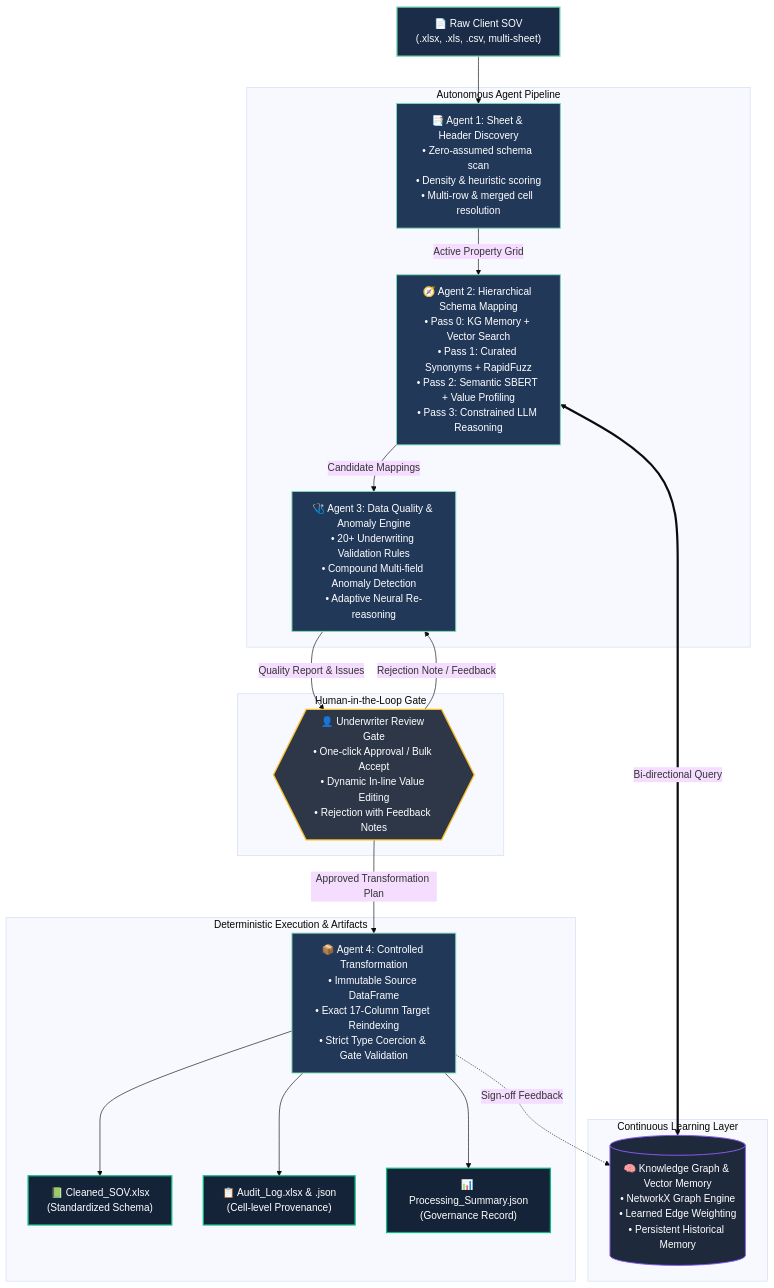
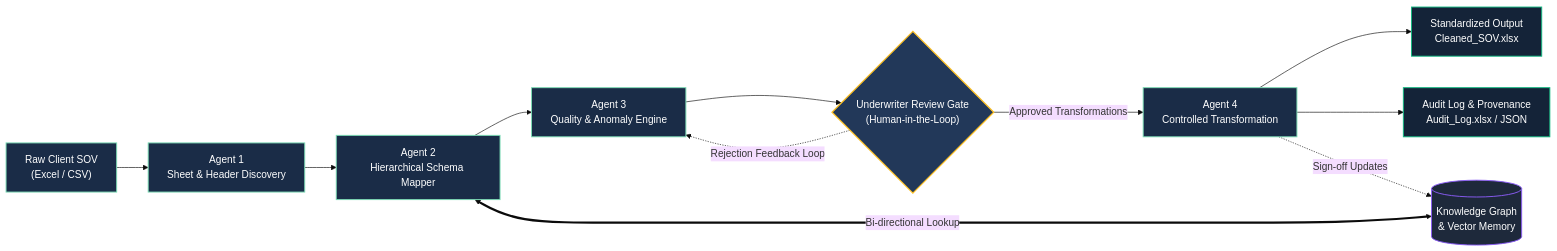
One commit to ranjanaashish/SOV-it changed the diagram in README.md. Above: the diagram before and after it, drawn with Mermaid (base theme). The commit also changed other lines of this file and 3 other files, not shown here.

Commit message:
refactor: Remove all emojis across codebase, make architecture diagram horizontal without background containers, and formalize design

````diff
--- a/README.md
+++ b/README.md
@@ -35,43 +36,37 @@
 ```mermaid
-flowchart TD
-    classDef client fill:#1A2C47,stroke:#7BDCB5,stroke-width:2px,color:#FFFFFF;
-    classDef agent fill:#223859,stroke:#7BDCB5,stroke-width:1.5px,color:#FFFFFF;
-    classDef human fill:#2D3748,stroke:#FBBF24,stroke-width:2px,color:#FFFFFF;
-    classDef output fill:#142338,stroke:#10B981,stroke-width:2px,color:#FFFFFF;
-    classDef memory fill:#1E293B,stroke:#8B5CF6,stroke-width:1.5px,color:#FFFFFF;
+flowchart LR
+    %% Nodes
+    A["Raw Client SOV<br/>(Excel / CSV)"]
+    B["Agent 1<br/>Sheet & Header Discovery"]
+    C["Agent 2<br/>Hierarchical Schema Mapper"]
+    D["Agent 3<br/>Quality & Anomaly Engine"]
+    E{"Underwriter Review Gate<br/>(Human-in-the-Loop)"}
+    F["Agent 4<br/>Controlled Transformation"]
+    G["Standardized Output<br/>Cleaned_SOV.xlsx"]
+    H["Audit Log & Provenance<br/>Audit_Log.xlsx / JSON"]
+    KG[("Knowledge Graph<br/>& Vector Memory")]
 
-    RawSOV["📄 Raw Client SOV<br/>(.xlsx, .xls, .csv, multi-sheet)"]:::client --> A1
+    %% Sequential Pipeline Flow
+    A --> B
+    B --> C
+    C --> D
+    D --> E
+    E -->|Approved Transformations| F
+    E -.->|Rejection Feedback Loop| D
+    F --> G
+    F --> H
 
-    subgraph Pipeline ["Autonomous Agent Pipeline"]
-        A1["📑 Agent 1: Sheet & Header Discovery<br/>• Zero-assumed schema scan<br/>• Density & heuristic scoring<br/>• Multi-row & merged cell resolution"]:::agent
-        A1 -->|Active Property Grid| A2
+    %% Memory Interactions
+    C <===>|Bi-directional Lookup| KG
+    F -.->|Sign-off Updates| KG
 
-        A2["🧭 Agent 2: Hierarchical Schema Mapping<br/>• Pass 0: KG Memory + Vector Search<br/>• Pass 1: Curated Synonyms + RapidFuzz<br/>• Pass 2: Semantic SBERT + Value Profiling<br/>• Pass 3: Constrained LLM Reasoning"]:::agent
-        A2 -->|Candidate Mappings| A3
+    %% Styling
+    classDef default fill:#1A2C47,stroke:#7BDCB5,stroke-width:1.5px,color:#FFFFFF,font-family:sans-serif;
+    classDef gate fill:#223859,stroke:#FBBF24,stroke-width:2px,color:#FFFFFF,font-family:sans-serif;
+    classDef output fill:#142338,stroke:#10B981,stroke-width:1.5px,color:#FFFFFF,font-family:sans-serif;
+    classDef memory fill:#1E293B,stroke:#8B5CF6,stroke-width:1.5px,color:#FFFFFF,font-family:sans-serif;
 
-        A3["🩺 Agent 3: Data Quality & Anomaly Engine<br/>• 20+ Underwriting Validation Rules<br/>• Compound Multi-field Anomaly Detection<br/>• Adaptive Neural Re-reasoning"]:::agent
-    end
-
-    subgraph Memory ["Continuous Learning Layer"]
-        KG[("🧠 Knowledge Graph & Vector Memory<br/>• NetworkX Graph Engine<br/>• Learned Edge Weighting<br/>• Persistent Historical Memory")]:::memory
-    end
-
-    A2 <===>|Bi-directional Query| KG
-    A3 -->|Quality Report & Issues| HumanGate
-
-    subgraph Governance ["Human-in-the-Loop Gate"]
-        HumanGate{{"👤 Underwriter Review Gate<br/>• One-click Approval / Bulk Accept<br/>• Dynamic In-line Value Editing<br/>• Rejection with Feedback Notes"}}:::human
-    end
-
-    HumanGate -->|Rejection Note / Feedback| A3
-    HumanGate -->|Approved Transformation Plan| A4
-
-    subgraph Execution ["Deterministic Execution & Artifacts"]
-        A4["📦 Agent 4: Controlled Transformation<br/>• Immutable Source DataFrame<br/>• Exact 17-Column Target Reindexing<br/>• Strict Type Coercion & Gate Validation"]:::agent
-        A4 --> CleanSOV["📗 Cleaned_SOV.xlsx<br/>(Standardized Schema)"]:::output
-        A4 --> AuditLog["📋 Audit_Log.xlsx & .json<br/>(Cell-level Provenance)"]:::output
-        A4 --> Summary["📊 Processing_Summary.json<br/>(Governance Record)"]:::output
-    end
-
-    A4 -.->|Sign-off Feedback| KG
+    class E gate;
+    class G,H output;
+    class KG memory;
 ```
````
